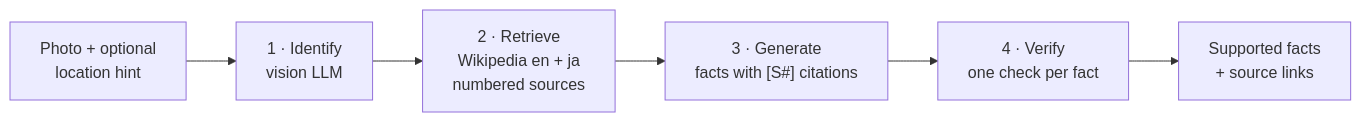
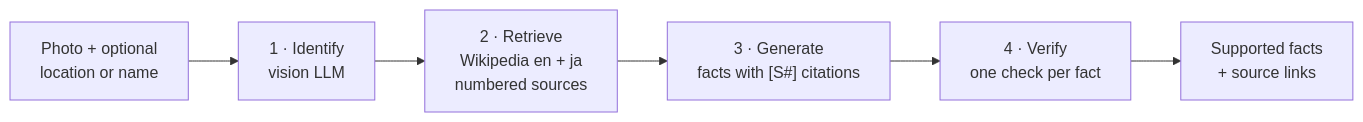
One commit to agrawaladitya270/VisLoc-RAG changed the diagram in README.md. Above: the diagram before and after it, drawn with Mermaid. The commit also changed other lines of this file and 5 other files, not shown here.

````diff
--- a/README.md
+++ b/README.md
@@ -26,8 +30,8 @@
 ```mermaid
 flowchart LR
-    A["Photo + optional<br/>location hint"] --> B["1 · Identify<br/>vision LLM"]
+    A["Photo + optional<br/>location or name"] --> B["1 · Identify<br/>vision LLM"]
     B --> C["2 · Retrieve<br/>Wikipedia en + ja<br/>numbered sources"]
     C --> D["3 · Generate<br/>facts with [S#] citations"]
     D --> E["4 · Verify<br/>one check per fact"]
     E --> F["Supported facts<br/>+ source links"]
 ```
````
